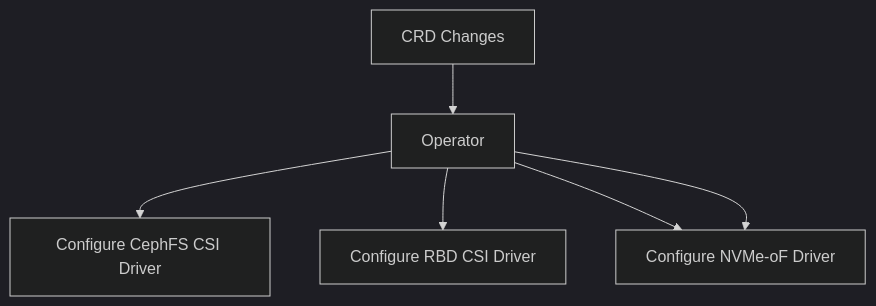
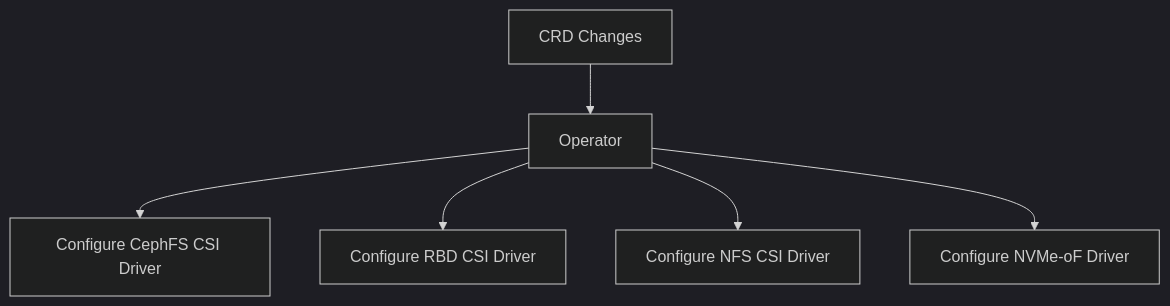
The diagram in docs/design/operator.md (ceph/ceph-csi-operator), drawn with Mermaid (dark theme) before and after one commit. The commit also changed 1 other file, not shown here.

Commit message:
doc: add NVMe-oF support to the pending release notes

````diff
--- a/docs/design/operator.md
+++ b/docs/design/operator.md
@@ -46,9 +46,9 @@
 ```mermaid
 graph TD
     A[CRD Changes] --> B[Operator]
     B -->  D[Configure CephFS CSI Driver]
     B -->  E[Configure RBD CSI Driver]
     B -->  F[Configure NFS CSI Driver]
-    B -->  F[Configure NVMe-oF Driver]
+    B -->  G[Configure NVMe-oF Driver]
 
 ```
````
